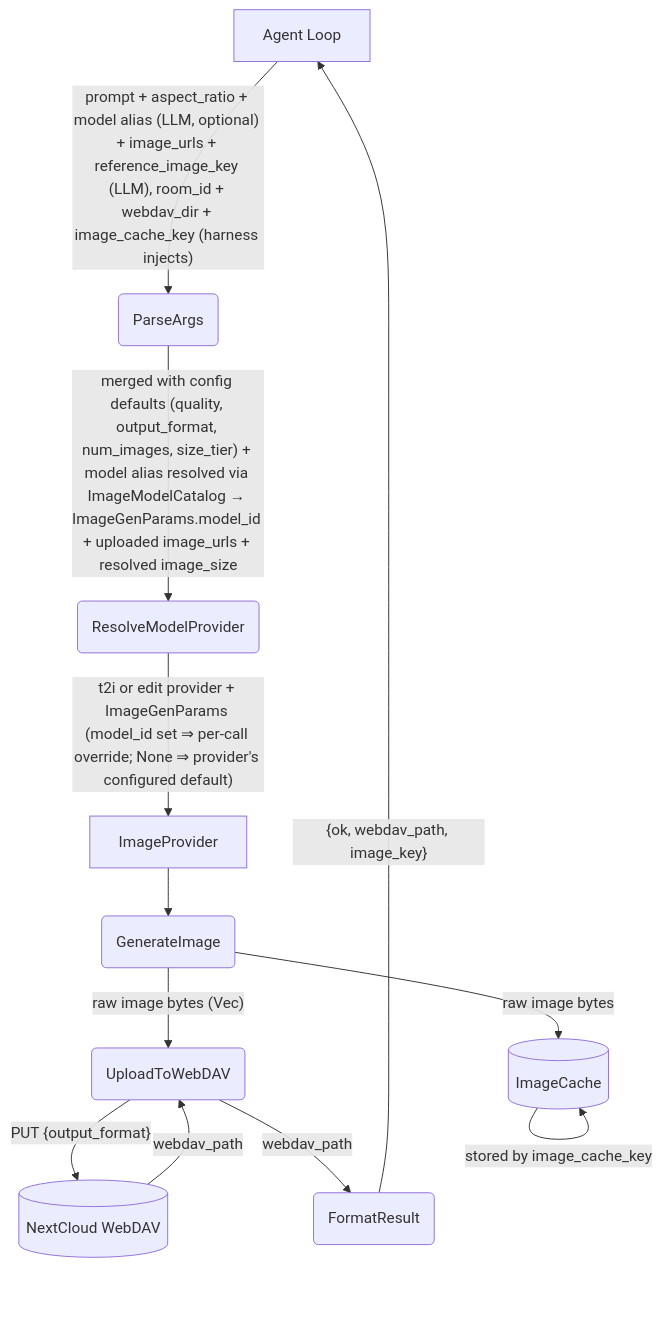
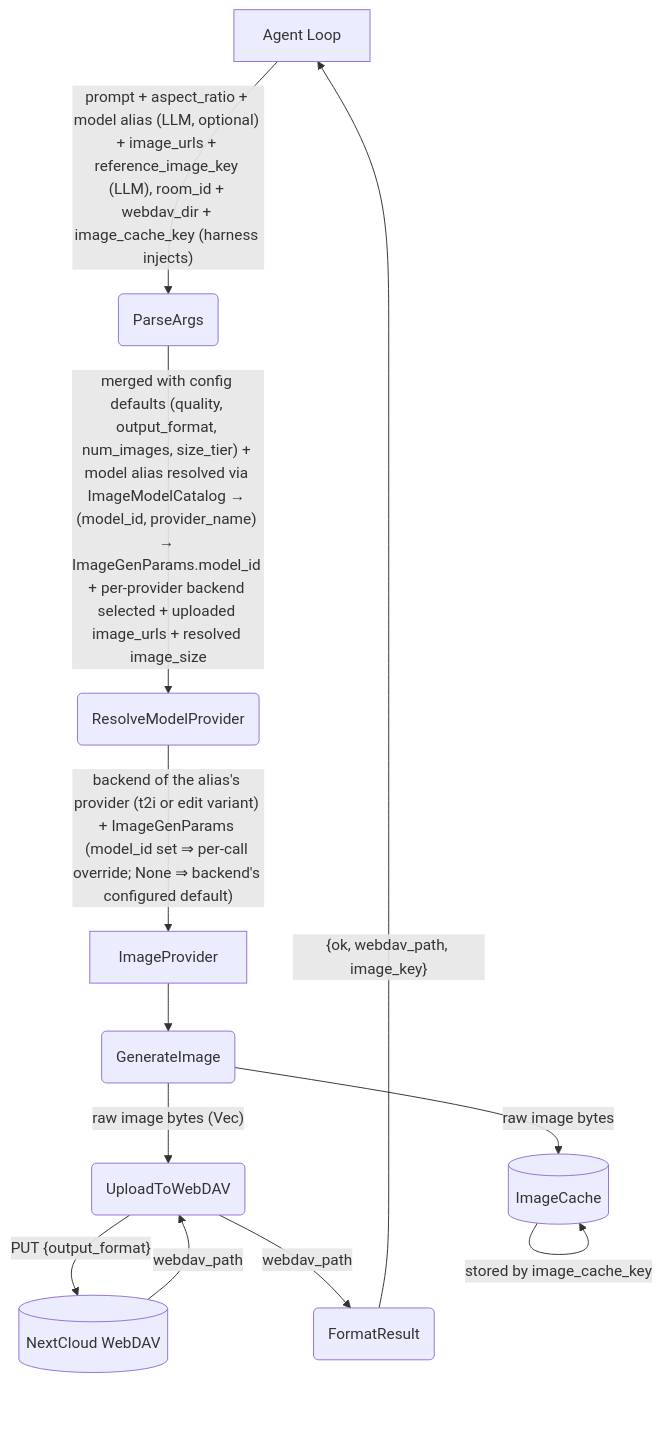
One commit to cosmoswafer/rockbot changed the diagram in _dfd/tools/image-gen/main-path.md. Above: the diagram before and after it, drawn with Mermaid. The commit also changed other lines of this file and 10 other files, not shown here.

````diff
--- a/_dfd/tools/image-gen/main-path.md
+++ b/_dfd/tools/image-gen/main-path.md
@@ -32,24 +34,24 @@
 ```mermaid
 flowchart TD
     AGENT[Agent Loop]
     PARSE(ParseArgs)
     RESOLVE(ResolveModelProvider)
     PROVIDER[ImageProvider]
     GEN(GenerateImage)
     DAV_UPLOAD(UploadToWebDAV)
     DAV[(NextCloud WebDAV)]
     CACHE[(ImageCache)]
     FORMAT(FormatResult)
 
     AGENT -->|"prompt + aspect_ratio + model alias (LLM, optional) + image_urls + reference_image_key (LLM), room_id + webdav_dir + image_cache_key (harness injects)"| PARSE
-    PARSE -->|"merged with config defaults (quality, output_format, num_images, size_tier) + model alias resolved via ImageModelCatalog → ImageGenParams.model_id + uploaded image_urls + resolved image_size"| RESOLVE
-    RESOLVE -->|"t2i or edit provider + ImageGenParams (model_id set ⇒ per-call override; None ⇒ provider's configured default)"| PROVIDER
+    PARSE -->|"merged with config defaults (quality, output_format, num_images, size_tier) + model alias resolved via ImageModelCatalog → (model_id, provider_name) → ImageGenParams.model_id + per-provider backend selected + uploaded image_urls + resolved image_size"| RESOLVE
+    RESOLVE -->|"backend of the alias's provider (t2i or edit variant) + ImageGenParams (model_id set ⇒ per-call override; None ⇒ backend's configured default)"| PROVIDER
     PROVIDER --> GEN
     GEN -->|"raw image bytes (Vec<u8>)"| DAV_UPLOAD
     DAV_UPLOAD -->|"PUT {output_format}"| DAV
     DAV -->|"webdav_path"| DAV_UPLOAD
     GEN -->|"raw image bytes"| CACHE
     CACHE -->|"stored by image_cache_key"| CACHE
     DAV_UPLOAD -->|"webdav_path"| FORMAT
     FORMAT -->|"{ok, webdav_path, image_key}"| AGENT
 ```
````
